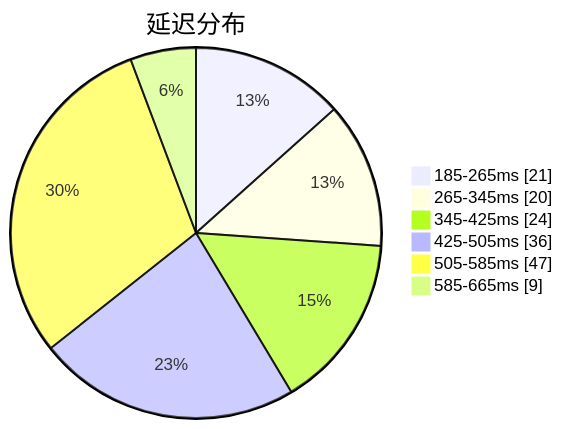
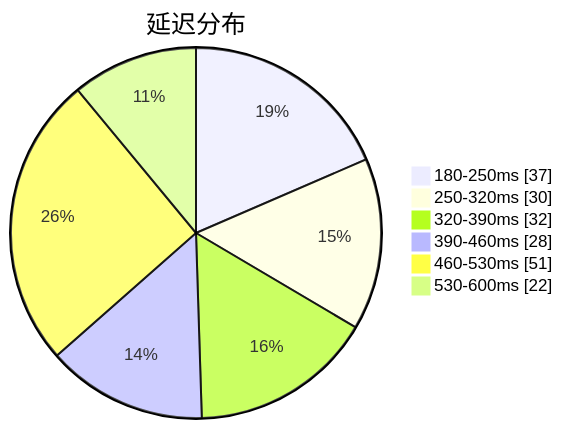
The first of 3 diagrams in subs/statistics/tested_within.md (qjlxg/airport), drawn with Mermaid before and after one commit. The commit also changed other lines of this file and 2 other files, not shown here.

````diff
--- a/subs/statistics/tested_within.md
+++ b/subs/statistics/tested_within.md
@@ -2,10 +2,10 @@
 ```mermaid
 pie showData
 title 延迟分布
-"185-265ms" : 21
-"265-345ms" : 20
-"345-425ms" : 24
-"425-505ms" : 36
-"505-585ms" : 47
-"585-665ms" : 9
+"180-250ms" : 37
+"250-320ms" : 30
+"320-390ms" : 32
+"390-460ms" : 28
+"460-530ms" : 51
+"530-600ms" : 22
 ```
````
